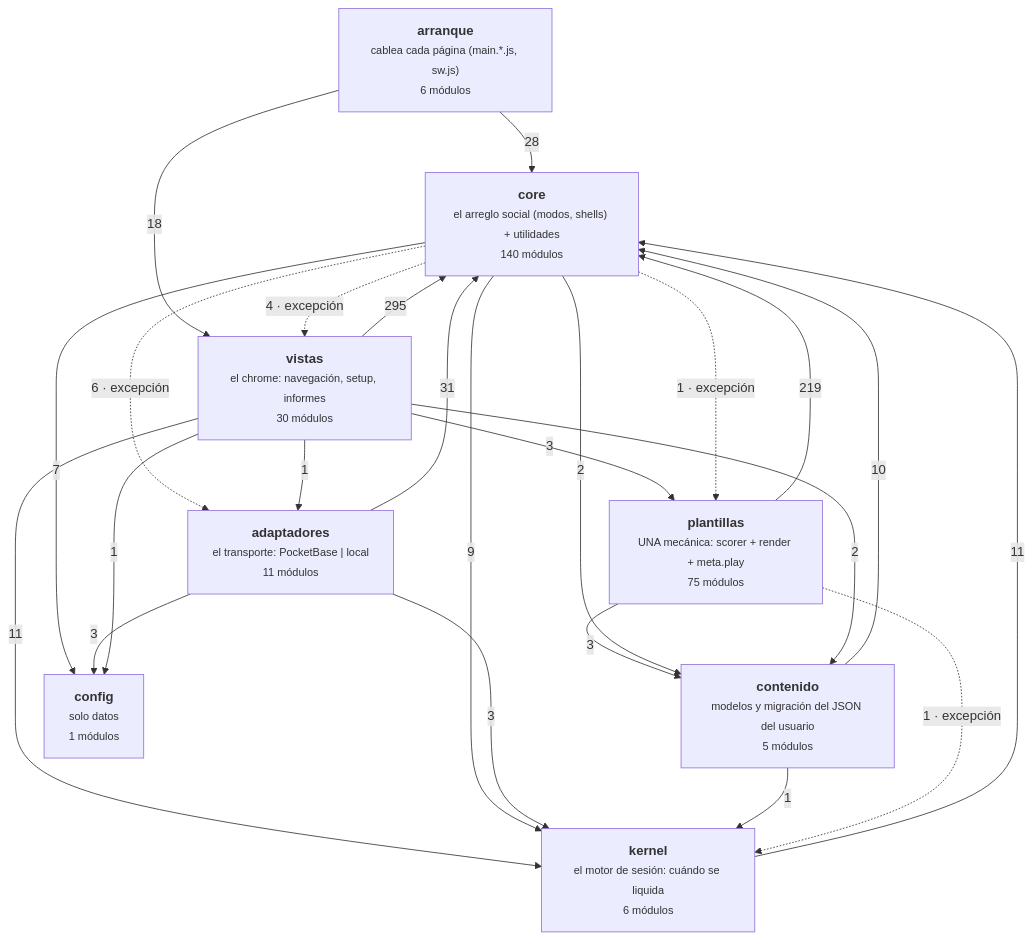
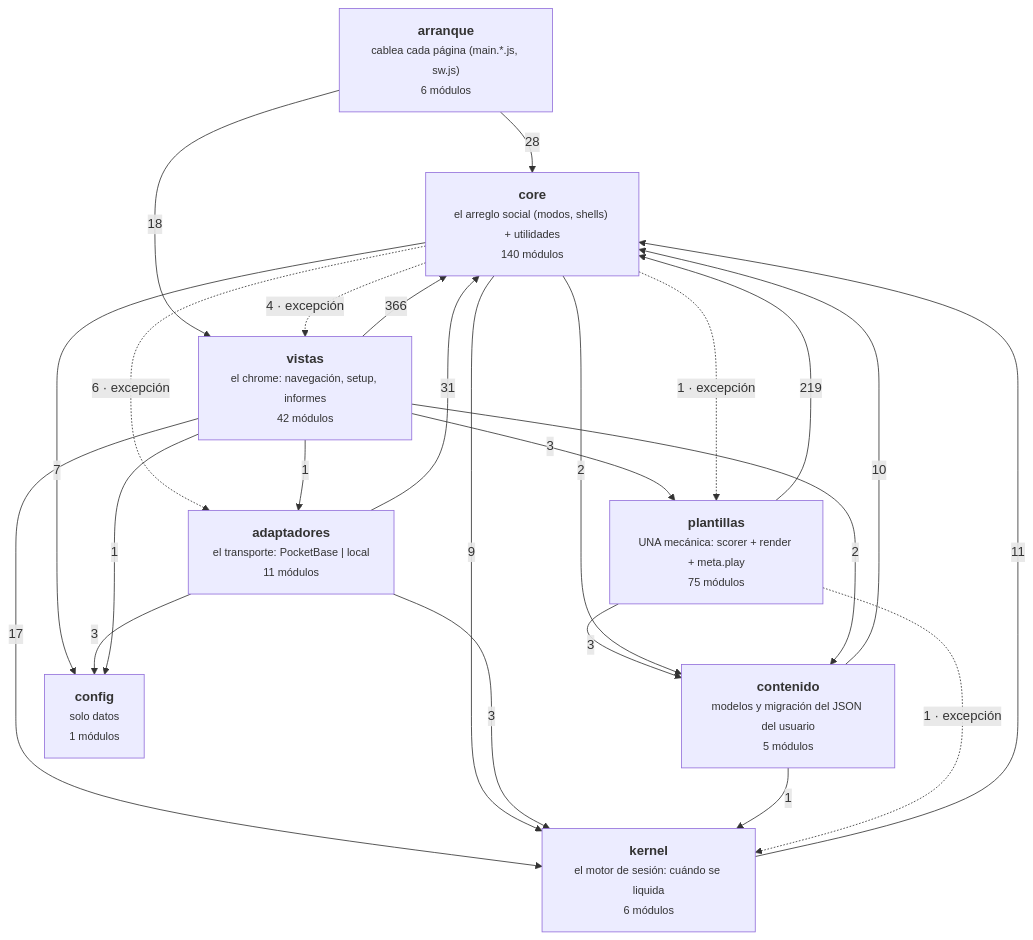
One commit to duecaz/ac changed the diagram in docs/arquitectura-modulos.md. Above: the diagram before and after it, drawn with Mermaid. The commit also changed other lines of this file and 29 other files, not shown here.

````diff
--- a/docs/arquitectura-modulos.md
+++ b/docs/arquitectura-modulos.md
@@ -56,34 +56,34 @@
 ```mermaid
 graph TD
   A["<b>arranque</b><br/><small>cablea cada página (main.*.js, sw.js)</small><br/><small>6 módulos</small>"]
-  V["<b>vistas</b><br/><small>el chrome: navegación, setup, informes</small><br/><small>30 módulos</small>"]
+  V["<b>vistas</b><br/><small>el chrome: navegación, setup, informes</small><br/><small>42 módulos</small>"]
   AD["<b>adaptadores</b><br/><small>el transporte: PocketBase | local</small><br/><small>11 módulos</small>"]
   C["<b>core</b><br/><small>el arreglo social (modos, shells) + utilidades</small><br/><small>140 módulos</small>"]
   K["<b>kernel</b><br/><small>el motor de sesión: cuándo se liquida</small><br/><small>6 módulos</small>"]
   T["<b>plantillas</b><br/><small>UNA mecánica: scorer + render + meta.play</small><br/><small>75 módulos</small>"]
   CO["<b>contenido</b><br/><small>modelos y migración del JSON del usuario</small><br/><small>5 módulos</small>"]
   CF["<b>config</b><br/><small>solo datos</small><br/><small>1 módulos</small>"]
-  V -->|295| C
+  V -->|366| C
   T -->|219| C
   AD -->|31| C
   A -->|28| C
   A -->|18| V
+  V -->|17| K
   K -->|11| C
-  V -->|11| K
   CO -->|10| C
   C -->|9| K
   C -->|7| CF
   C -.->|6 · excepción| AD
   C -.->|4 · excepción| V
   AD -->|3| CF
   AD -->|3| K
   T -->|3| CO
   V -->|3| T
   C -->|2| CO
   V -->|2| CO
   C -.->|1 · excepción| T
   CO -->|1| K
   T -.->|1 · excepción| K
   V -->|1| AD
   V -->|1| CF
 ```
````
